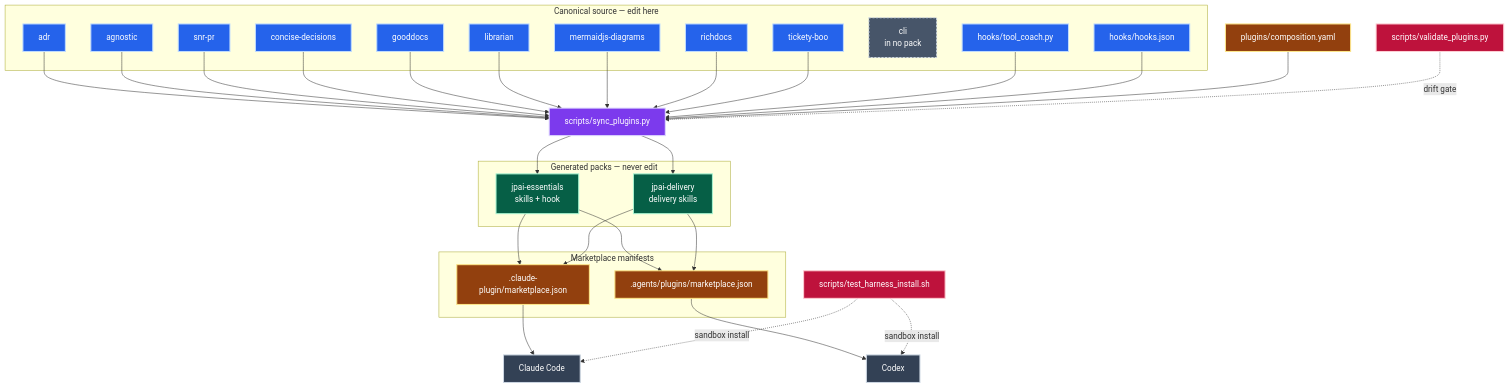
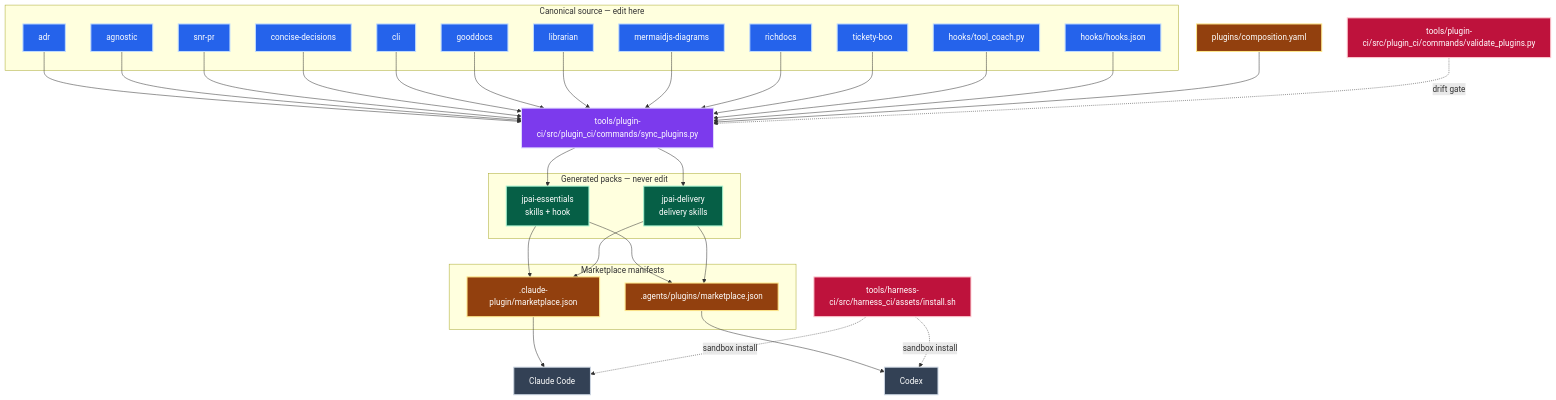
Before and after one commit to jpeakai/skills: the second of 2 diagrams in README.md, drawn with Mermaid. The commit also changed other lines of this file and 86 other files, not shown here.

````diff
--- a/README.md
+++ b/README.md
@@ -176,54 +176,54 @@
 ```mermaid
 flowchart TB
     subgraph canon["Canonical source — edit here"]
         AD[adr]:::src
         AG[agnostic]:::src
         BP[snr-pr]:::src
         CD[concise-decisions]:::src
         GD[gooddocs]:::src
         LB[librarian]:::src
         MD[mermaidjs-diagrams]:::src
         RD[richdocs]:::src
         TB[tickety-boo]:::src
-        CLI["cli<br/>in no pack"]:::orphan
+        CLI["cli"]:::src
         TC["hooks/tool_coach.py"]:::src
         HJ["hooks/hooks.json"]:::src
     end
 
     CF["plugins/composition.yaml"]:::cfg
-    SY["scripts/sync_plugins.py"]:::proc
-    VL["scripts/validate_plugins.py"]:::gate
-    TH["scripts/test_harness_install.sh"]:::gate
+    SY["tools/plugin-ci/src/plugin_ci/commands/sync_plugins.py"]:::proc
+    VL["tools/plugin-ci/src/plugin_ci/commands/validate_plugins.py"]:::gate
+    TH["tools/harness-ci/src/harness_ci/assets/install.sh"]:::gate
 
     subgraph packs["Generated packs — never edit"]
         ES["jpai-essentials<br/>skills + hook"]:::pack
         DL["jpai-delivery<br/>delivery skills"]:::pack
     end
 
     subgraph mkt["Marketplace manifests"]
         CM[".claude-plugin/marketplace.json"]:::cfg
         XM[".agents/plugins/marketplace.json"]:::cfg
     end
 
     CC["Claude Code"]:::host
     CX["Codex"]:::host
 
-    AD & AG & BP & CD & GD & LB & MD & RD & TB --> SY
+    AD & AG & BP & CD & CLI & GD & LB & MD & RD & TB --> SY
     TC & HJ --> SY
     CF --> SY
     SY --> ES
     SY --> DL
     VL -.->|drift gate| SY
     ES & DL --> CM --> CC
     ES & DL --> XM --> CX
     TH -.->|sandbox install| CC
     TH -.->|sandbox install| CX
 
     classDef src    fill:#2563eb,stroke:#bfdbfe,color:#ffffff,stroke-width:2px
     classDef orphan fill:#475569,stroke:#cbd5e1,color:#ffffff,stroke-width:2px,stroke-dasharray:4 3
     classDef cfg    fill:#92400e,stroke:#fde68a,color:#ffffff,stroke-width:2px
     classDef proc   fill:#7c3aed,stroke:#ddd6fe,color:#ffffff,stroke-width:2px
     classDef gate   fill:#be123c,stroke:#fecdd3,color:#ffffff,stroke-width:2px
     classDef pack   fill:#065f46,stroke:#a7f3d0,color:#ffffff,stroke-width:2px
     classDef host   fill:#334155,stroke:#cbd5e1,color:#ffffff,stroke-width:2px
 ```
````
